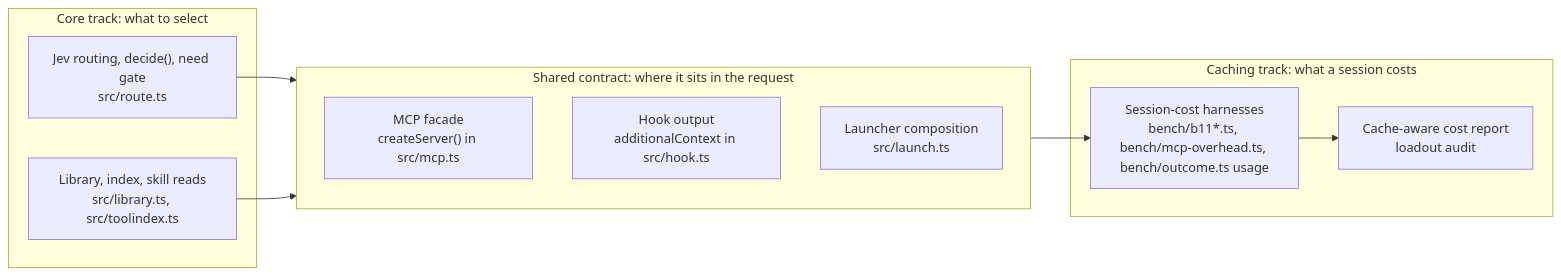
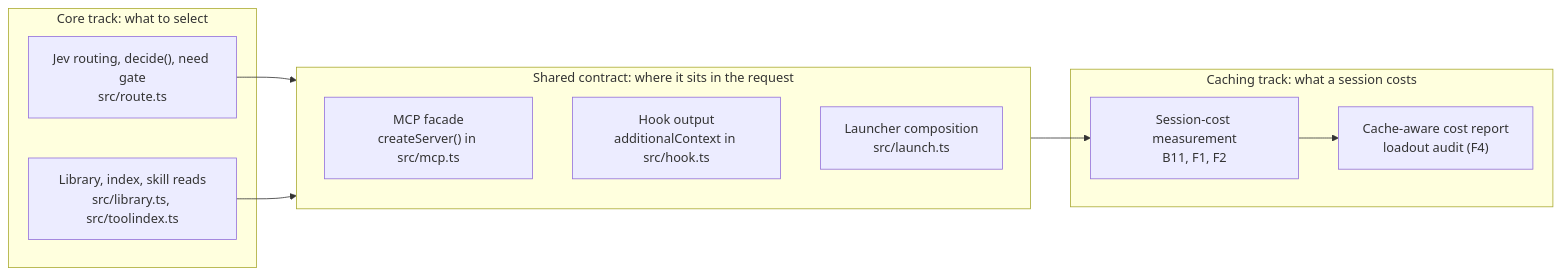
The diagram in docs/loop/CACHE-TRACK.md (erik-hedstrom/loadout), drawn with Mermaid before and after one commit. The commit also changed other lines of this file and 2 other files, not shown here.

````diff
--- a/docs/loop/CACHE-TRACK.md
+++ b/docs/loop/CACHE-TRACK.md
@@ -24,20 +24,20 @@
 ```mermaid
 flowchart LR
   subgraph core["Core track: what to select"]
     route["Jev routing, decide(), need gate<br/>src/route.ts"]
     lib["Library, index, skill reads<br/>src/library.ts, src/toolindex.ts"]
   end
   subgraph contract["Shared contract: where it sits in the request"]
     mcp["MCP facade<br/>createServer() in src/mcp.ts"]
     hook["Hook output<br/>additionalContext in src/hook.ts"]
     launch["Launcher composition<br/>src/launch.ts"]
   end
   subgraph cache["Caching track: what a session costs"]
-    bench["Session-cost harnesses<br/>bench/b11*.ts, bench/mcp-overhead.ts, bench/outcome.ts usage"]
-    audit["Cache-aware cost report<br/>loadout audit"]
+    bench["Session-cost measurement<br/>B11, F1, F2"]
+    audit["Cache-aware cost report<br/>loadout audit (F4)"]
   end
   route --> contract
   lib --> contract
   contract --> bench
   bench --> audit
 ```
````
